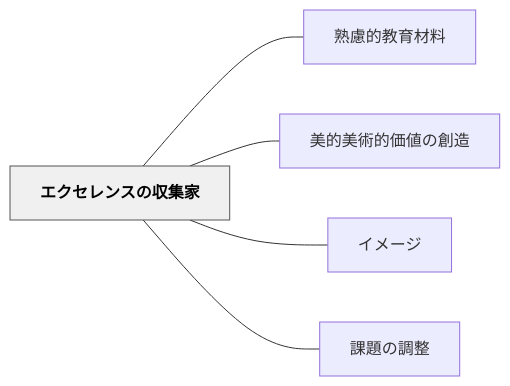
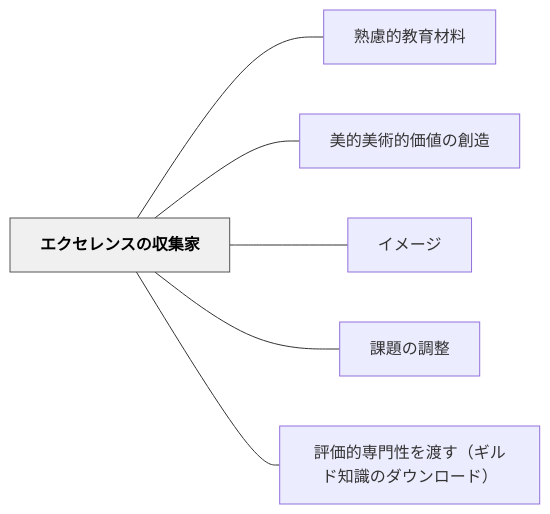
Before and after one commit to unknownthings-ed-patterns/unknownthings-ed-patterns: the diagram in content/パタン/エクセレンスの収集家.md, drawn with Mermaid. The commit also changed other lines of this file and 42 other files, not shown here.

````diff
--- a/content/パタン/エクセレンスの収集家.md
+++ b/content/パタン/エクセレンスの収集家.md
@@ -49,16 +50,18 @@
 ```mermaid
 flowchart LR
     ne382a8e382afe382bbe383ace383b3e382b9e381aee58f8ee99b86e5aeb6["エクセレンスの収集家"]
     ne7869fe685aee79a84e69599e882b2e69d90e69699["熟慮的教育材料"]
     ne7be8ee79a84e7be8ee8a193e79a84e4bea1e580a4e381aee589b5e980a0["美的美術的価値の創造"]
     ne382a4e383a1e383bce382b8["イメージ"]
     ne8aab2e9a18ce381aee8aabfe695b4["課題の調整"]
+    ne8a995e4bea1e79a84e5b082e99680e680a7e38292e6b8a1e38199efbc88e382aee383abe38389e79fa5e8ad98e381aee38380e382a6e383b3e383ade383bce38389efbc89["評価的専門性を渡す（ギルド知識のダウンロード）"]
 
     ne382a8e382afe382bbe383ace383b3e382b9e381aee58f8ee99b86e5aeb6 --- ne7869fe685aee79a84e69599e882b2e69d90e69699
     ne382a8e382afe382bbe383ace383b3e382b9e381aee58f8ee99b86e5aeb6 --- ne7be8ee79a84e7be8ee8a193e79a84e4bea1e580a4e381aee589b5e980a0
     ne382a8e382afe382bbe383ace383b3e382b9e381aee58f8ee99b86e5aeb6 --- ne382a4e383a1e383bce382b8
     ne382a8e382afe382bbe383ace383b3e382b9e381aee58f8ee99b86e5aeb6 --- ne8aab2e9a18ce381aee8aabfe695b4
+    ne382a8e382afe382bbe383ace383b3e382b9e381aee58f8ee99b86e5aeb6 --- ne8a995e4bea1e79a84e5b082e99680e680a7e38292e6b8a1e38199efbc88e382aee383abe38389e79fa5e8ad98e381aee38380e382a6e383b3e383ade383bce38389efbc89
 
     classDef hub fill:#f0f0f0,stroke:#555,color:#000,font-weight:bold
     class ne382a8e382afe382bbe383ace383b3e382b9e381aee58f8ee99b86e5aeb6 hub
 ```
````
